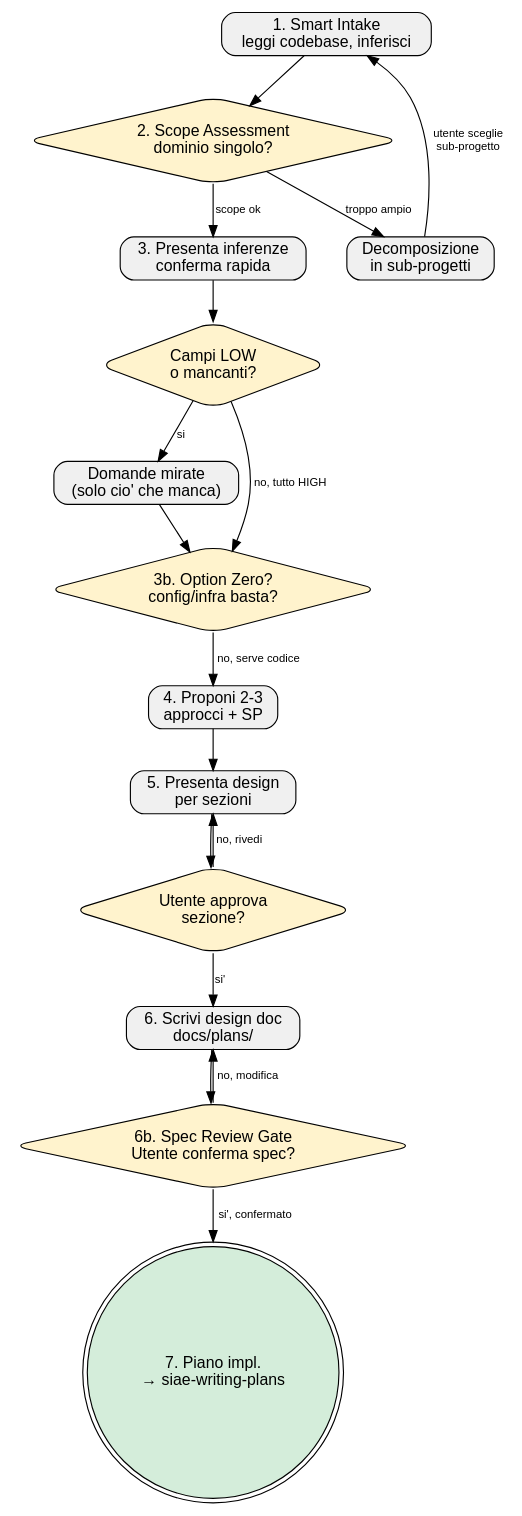
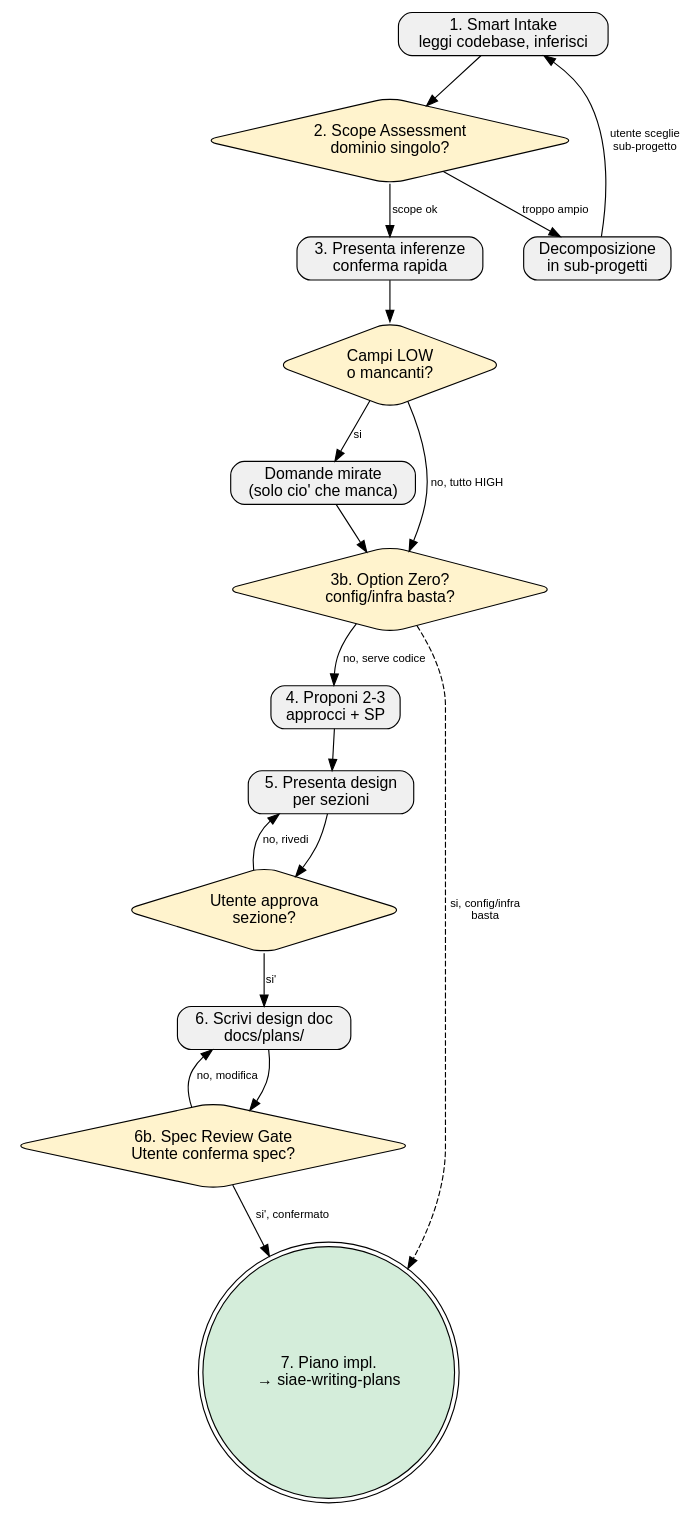
The diagram in skills/siae-brainstorming/SKILL.md (itsiae/siae-dev-forge), drawn with Graphviz before and after one commit. The commit also changed 2 other files, not shown here.

Commit message:
fix(skills): address fresh-eyes review findings
- Fix stale "5 step" reference in using-devforge (now 6 step)
- Add Option Zero early-exit edge in brainstorming graphviz
- Fix dependency map: blind_review invoked FROM finishing (not verification)
- Fix stop-gate message: "Tentativo 1/2" (was incorrectly "1/1")

````diff
--- a/skills/siae-brainstorming/SKILL.md
+++ b/skills/siae-brainstorming/SKILL.md
@@ -366,38 +366,39 @@
 ```dot
 digraph brainstorming {
     rankdir=TB;
     node [shape=box, style="rounded,filled", fillcolor="#f0f0f0", fontname="Helvetica"];
     edge [fontname="Helvetica", fontsize=10];
 
     intake [label="1. Smart Intake\nleggi codebase, inferisci"];
     scope [label="2. Scope Assessment\ndominio singolo?", shape=diamond, fillcolor="#fff3cd"];
     decompose [label="Decomposizione\nin sub-progetti"];
     confirm [label="3. Presenta inferenze\nconferma rapida"];
     need_questions [label="Campi LOW\no mancanti?", shape=diamond, fillcolor="#fff3cd"];
     ask [label="Domande mirate\n(solo cio' che manca)"];
     option_zero [label="3b. Option Zero?\nconfig/infra basta?", shape=diamond, fillcolor="#fff3cd"];
     approaches [label="4. Proponi 2-3\napprocci + SP"];
     design [label="5. Presenta design\nper sezioni"];
     approve [label="Utente approva\nsezione?", shape=diamond, fillcolor="#fff3cd"];
     doc [label="6. Scrivi design doc\ndocs/plans/"];
     spec_gate [label="6b. Spec Review Gate\nUtente conferma spec?", shape=diamond, fillcolor="#fff3cd"];
     transition [label="7. Piano impl.\n→ siae-writing-plans", shape=doublecircle, fillcolor="#d4edda"];
 
     intake -> scope;
     scope -> decompose [label="troppo ampio"];
     scope -> confirm [label="scope ok"];
     decompose -> intake [label="utente sceglie\nsub-progetto"];
     confirm -> need_questions;
     need_questions -> ask [label="si"];
     need_questions -> option_zero [label="no, tutto HIGH"];
     ask -> option_zero;
     option_zero -> approaches [label="no, serve codice"];
+    option_zero -> transition [label="si, config/infra\nbasta", style=dashed];
     approaches -> design;
     design -> approve;
     approve -> design [label="no, rivedi"];
     approve -> doc [label="si'"];
     doc -> spec_gate;
     spec_gate -> doc [label="no, modifica"];
     spec_gate -> transition [label="si', confermato"];
 }
 ```
````
